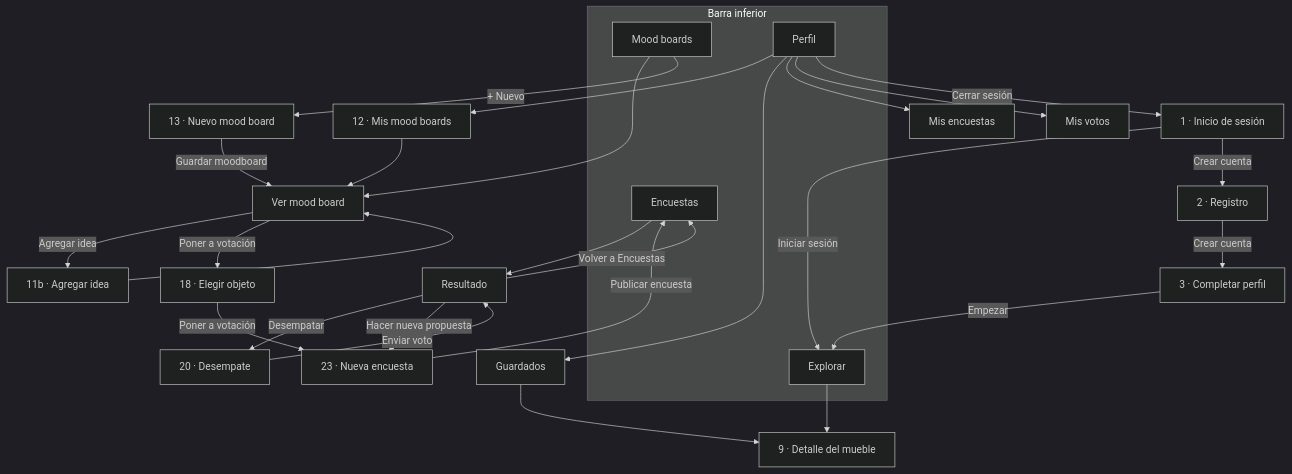
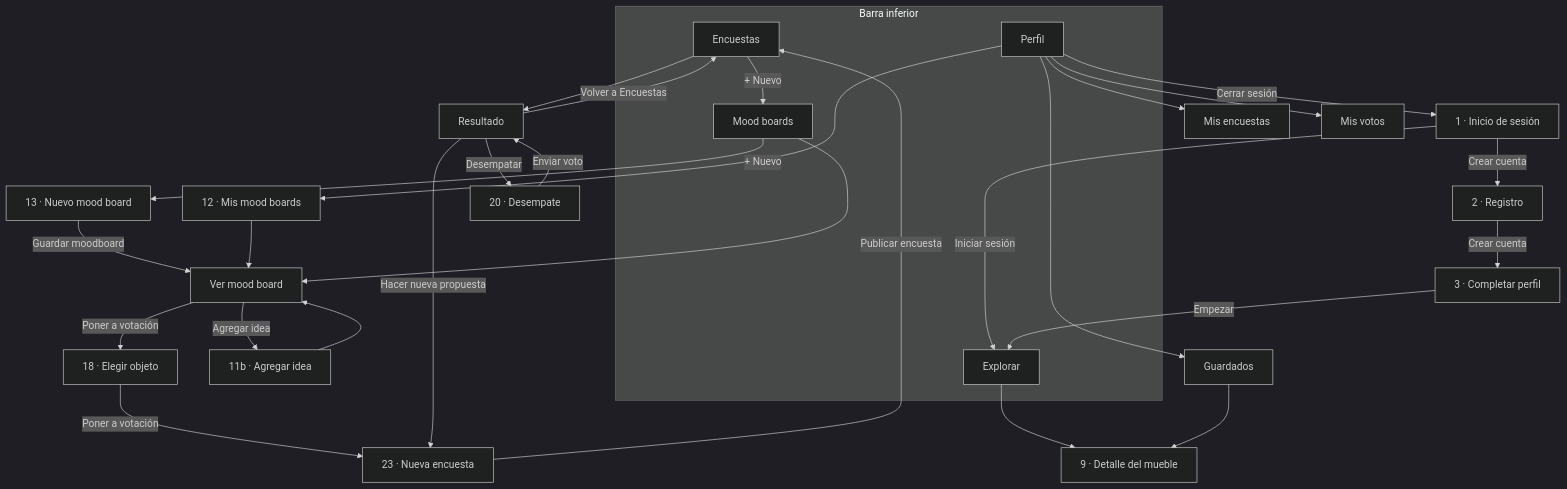
Before and after one commit to quijanooluc1a-spec/ColivingApp: the diagram in GUIA.md, drawn with Mermaid (dark theme). The commit also changed other lines of this file and 5 other files, not shown here.

First line of the commit message:
Colores del Figma documentados, "+ Nuevo" en Encuestas y guía para VS Code

````diff
--- a/GUIA.md
+++ b/GUIA.md
@@ -150,36 +217,37 @@
 ```mermaid
 flowchart TD
   Login["1 · Inicio de sesión"] -->|Crear cuenta| Registro["2 · Registro"]
   Registro -->|Crear cuenta| Completar["3 · Completar perfil"]
   Login -->|Iniciar sesión| Explorar
   Completar -->|Empezar| Explorar
 
   subgraph Barra["Barra inferior"]
     Explorar["Explorar"]
     Encuestas["Encuestas"]
     Moodboards["Mood boards"]
     Perfil["Perfil"]
   end
 
   Explorar --> Detalle["9 · Detalle del mueble"]
   Moodboards --> VerMB["Ver mood board"]
   Moodboards -->|+ Nuevo| NuevoMB["13 · Nuevo mood board"]
   NuevoMB -->|Guardar moodboard| VerMB
   VerMB -->|Agregar idea| AgregarIdea["11b · Agregar idea"]
   AgregarIdea --> VerMB
   VerMB -->|Poner a votación| Elegir["18 · Elegir objeto"]
   Elegir -->|Poner a votación| NuevaEnc["23 · Nueva encuesta"]
   NuevaEnc -->|Publicar encuesta| Encuestas
+  Encuestas -->|+ Nuevo| Moodboards
   Encuestas --> Resultado["Resultado"]
   Resultado -->|Desempatar| Desempate["20 · Desempate"]
   Desempate -->|Enviar voto| Resultado
   Resultado -->|Hacer nueva propuesta| NuevaEnc
   Resultado -->|Volver a Encuestas| Encuestas
   Perfil --> MisMB["12 · Mis mood boards"]
   Perfil --> Guardados["Guardados"]
   Perfil --> MisEnc["Mis encuestas"]
   Perfil --> MisVotos["Mis votos"]
   Perfil -->|Cerrar sesión| Login
   MisMB --> VerMB
   Guardados --> Detalle
 ```
````
